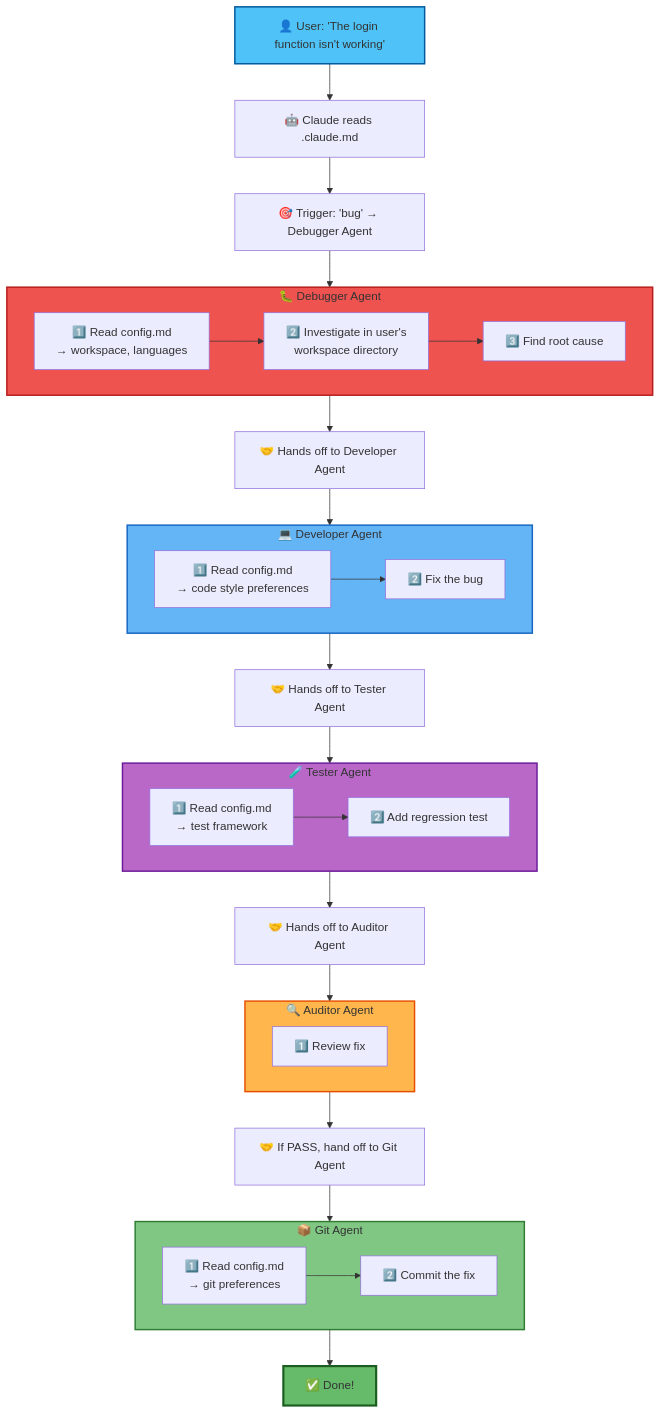
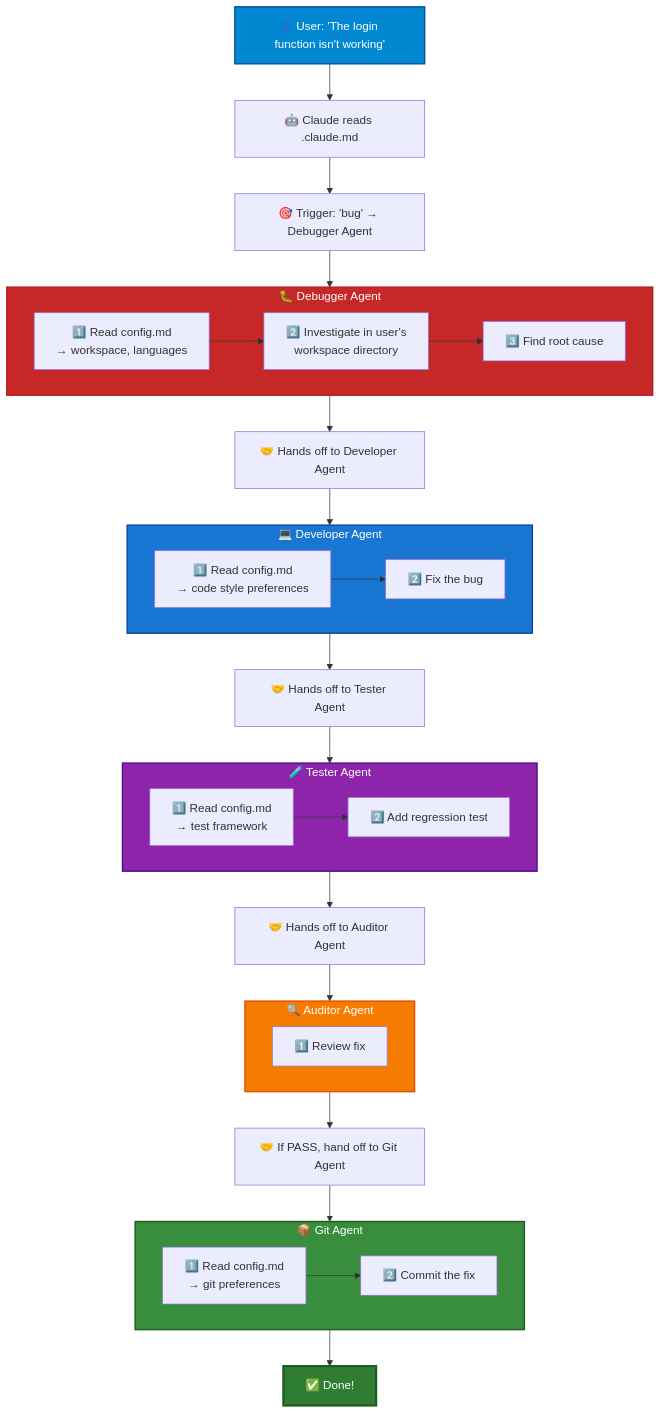
Before and after one commit to rhwendt/vaulty: the seventh of 9 diagrams in INTERACTION-DIAGRAM.md, drawn with Mermaid. The commit also changed other lines of this file and 2 other files, not shown here.

````diff
--- a/INTERACTION-DIAGRAM.md
+++ b/INTERACTION-DIAGRAM.md
@@ -273,60 +273,60 @@
 ```mermaid
 flowchart TD
     User["👤 User: 'The login function isn't working'"]
     Read["🤖 Claude reads .claude.md"]
     Trigger["🎯 Trigger: 'bug' → Debugger Agent"]
 
     subgraph DebugAgent["🐛 Debugger Agent"]
         D1["1️⃣ Read config.md<br/>→ workspace, languages"]
         D2["2️⃣ Investigate in user's<br/>workspace directory"]
         D3["3️⃣ Find root cause"]
         D1 --> D2 --> D3
     end
 
     Handoff1["🤝 Hands off to Developer Agent"]
 
     subgraph DevAgent["💻 Developer Agent"]
         Dev1["1️⃣ Read config.md<br/>→ code style preferences"]
         Dev2["2️⃣ Fix the bug"]
         Dev1 --> Dev2
     end
 
     Handoff2["🤝 Hands off to Tester Agent"]
 
     subgraph TestAgent["🧪 Tester Agent"]
         T1["1️⃣ Read config.md<br/>→ test framework"]
         T2["2️⃣ Add regression test"]
         T1 --> T2
     end
 
     Handoff3["🤝 Hands off to Auditor Agent"]
 
     subgraph AuditAgent["🔍 Auditor Agent"]
         A1["1️⃣ Review fix"]
     end
 
     Handoff4["🤝 If PASS, hand off to Git Agent"]
 
     subgraph GitAgent["📦 Git Agent"]
         G1["1️⃣ Read config.md<br/>→ git preferences"]
         G2["2️⃣ Commit the fix"]
         G1 --> G2
     end
 
     Done["✅ Done!"]
 
     User --> Read --> Trigger --> DebugAgent
     DebugAgent --> Handoff1 --> DevAgent
     DevAgent --> Handoff2 --> TestAgent
     TestAgent --> Handoff3 --> AuditAgent
     AuditAgent --> Handoff4 --> GitAgent
     GitAgent --> Done
 
-    style User fill:#4fc3f7,stroke:#01579b,stroke-width:2px
-    style DebugAgent fill:#ef5350,stroke:#b71c1c,stroke-width:2px
-    style DevAgent fill:#64b5f6,stroke:#1565c0,stroke-width:2px
-    style TestAgent fill:#ba68c8,stroke:#6a1b9a,stroke-width:2px
-    style AuditAgent fill:#ffb74d,stroke:#e65100,stroke-width:2px
-    style GitAgent fill:#81c784,stroke:#2e7d32,stroke-width:2px
-    style Done fill:#66bb6a,stroke:#1b5e20,stroke-width:3px
+    style User fill:#0288d1,stroke:#01579b,color:#fff,stroke-width:2px
+    style DebugAgent fill:#c62828,stroke:#b71c1c,color:#fff,stroke-width:2px
+    style DevAgent fill:#1976d2,stroke:#0d47a1,color:#fff,stroke-width:2px
+    style TestAgent fill:#8e24aa,stroke:#4a148c,color:#fff,stroke-width:2px
+    style AuditAgent fill:#f57c00,stroke:#e65100,color:#fff,stroke-width:2px
+    style GitAgent fill:#388e3c,stroke:#1b5e20,color:#fff,stroke-width:2px
+    style Done fill:#2e7d32,stroke:#1b5e20,color:#fff,stroke-width:3px
 ```
````
